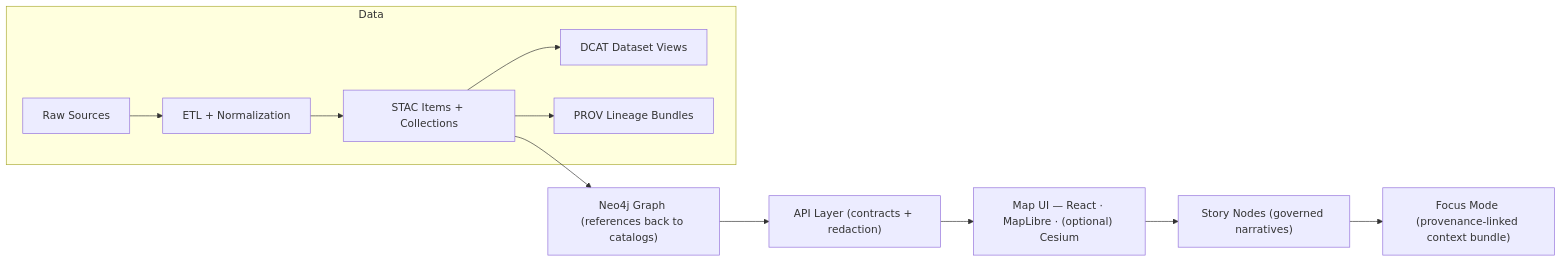
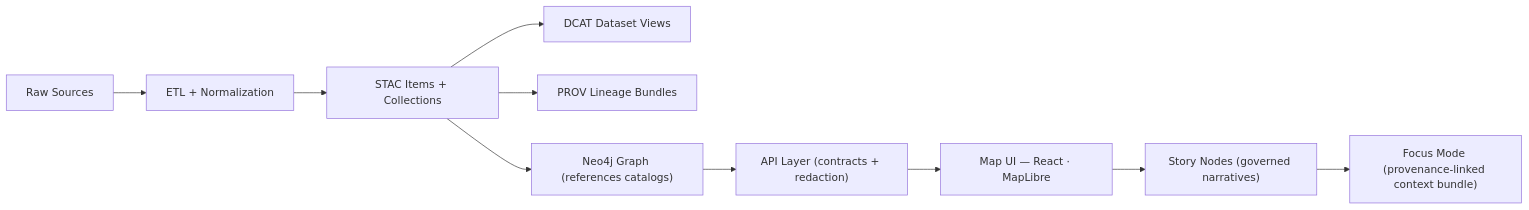
The diagram in docs/README.md (bartytime4life/Kansas-Frontier-Matrix), drawn with Mermaid before and after one commit. The commit also changed other lines of this file, not shown here.

````diff
--- a/docs/README.md
+++ b/docs/README.md
@@ -80,15 +49,12 @@
-~~~mermaid
+```mermaid
 flowchart LR
-  subgraph Data
-    A["Raw Sources"] --> B["ETL + Normalization"]
-    B --> C["STAC Items + Collections"]
-    C --> D["DCAT Dataset Views"]
-    C --> E["PROV Lineage Bundles"]
-  end
-
-  C --> G["Neo4j Graph (references back to catalogs)"]
+  A["Raw Sources"] --> B["ETL + Normalization"]
+  B --> C["STAC Items + Collections"]
+  C --> D["DCAT Dataset Views"]
+  C --> E["PROV Lineage Bundles"]
+  C --> G["Neo4j Graph (references catalogs)"]
   G --> H["API Layer (contracts + redaction)"]
-  H --> I["Map UI — React · MapLibre · (optional) Cesium"]
+  H --> I["Map UI — React · MapLibre"]
   I --> J["Story Nodes (governed narratives)"]
   J --> K["Focus Mode (provenance-linked context bundle)"]
-~~~
+```
````
